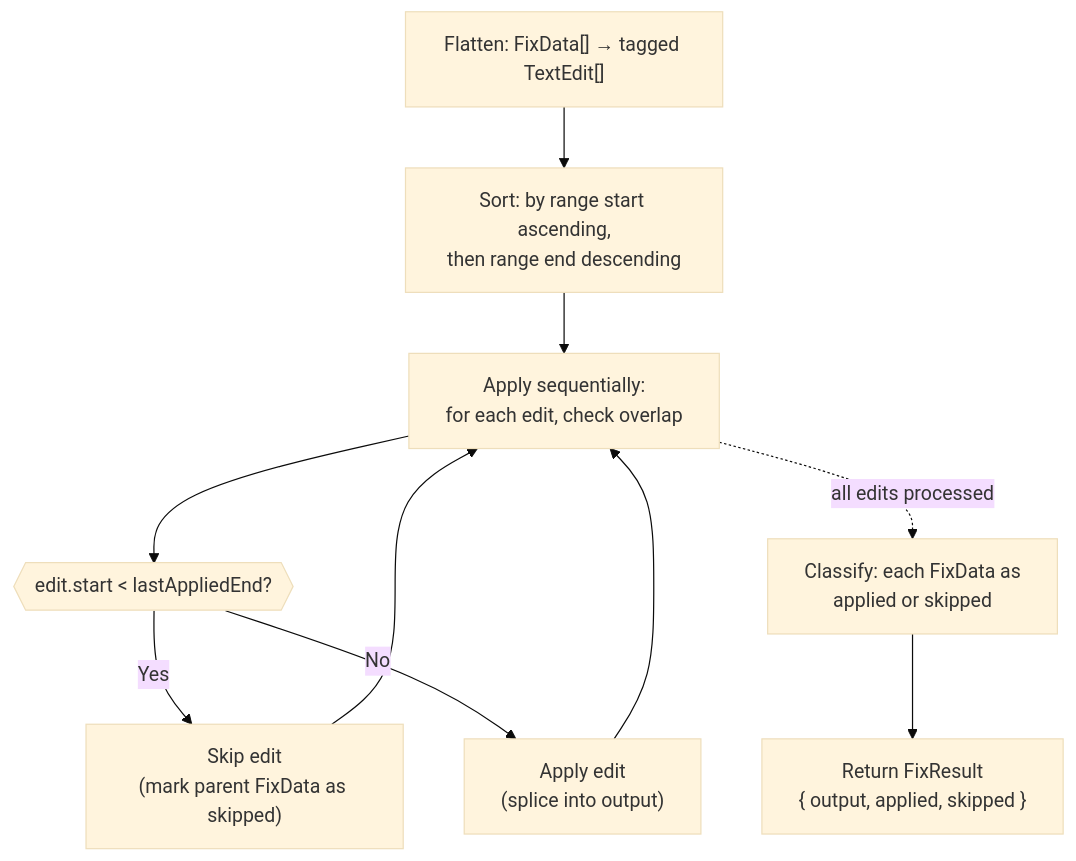
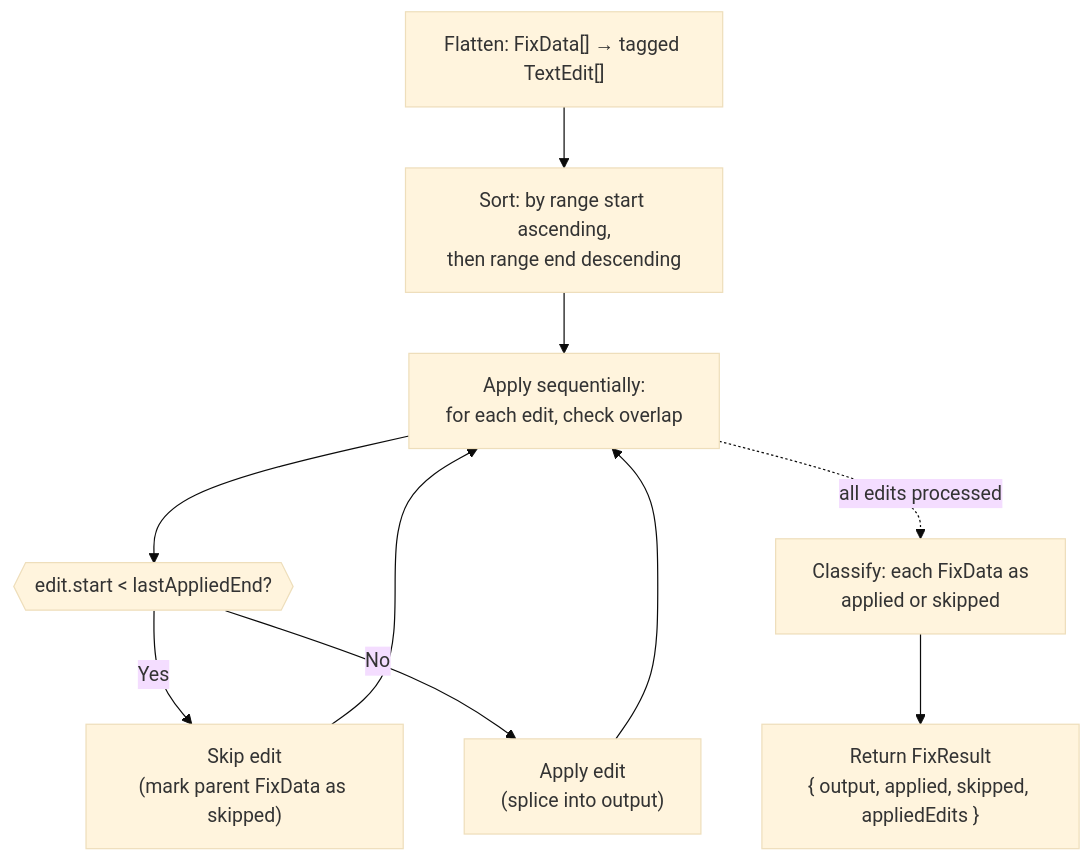
Before and after one commit to markuplint/markuplint: the sixth of 8 diagrams in packages/@markuplint/ml-core/ARCHITECTURE.md, drawn with Mermaid (base theme). The commit also changed other lines of this file, not shown here.

First line of the commit message:
docs(ml-core): document cursor offset, FixSummary, and VerifyResult APIs

````diff
--- a/packages/@markuplint/ml-core/ARCHITECTURE.md
+++ b/packages/@markuplint/ml-core/ARCHITECTURE.md
@@ -448,16 +449,16 @@
 ```mermaid
 flowchart TD
     A["Flatten: FixData[] → tagged TextEdit[]"]
     B["Sort: by range start ascending,\nthen range end descending"]
     C["Apply sequentially:\nfor each edit, check overlap"]
     D{{"edit.start < lastAppliedEnd?"}}
     E["Skip edit\n(mark parent FixData as skipped)"]
     F["Apply edit\n(splice into output)"]
     G["Classify: each FixData as\napplied or skipped"]
-    H["Return FixResult\n{ output, applied, skipped }"]
+    H["Return FixResult\n{ output, applied, skipped, appliedEdits }"]
 
     A --> B --> C --> D
     D -- Yes --> E --> C
     D -- No --> F --> C
     C -. "all edits processed" .-> G --> H
 ```
````
